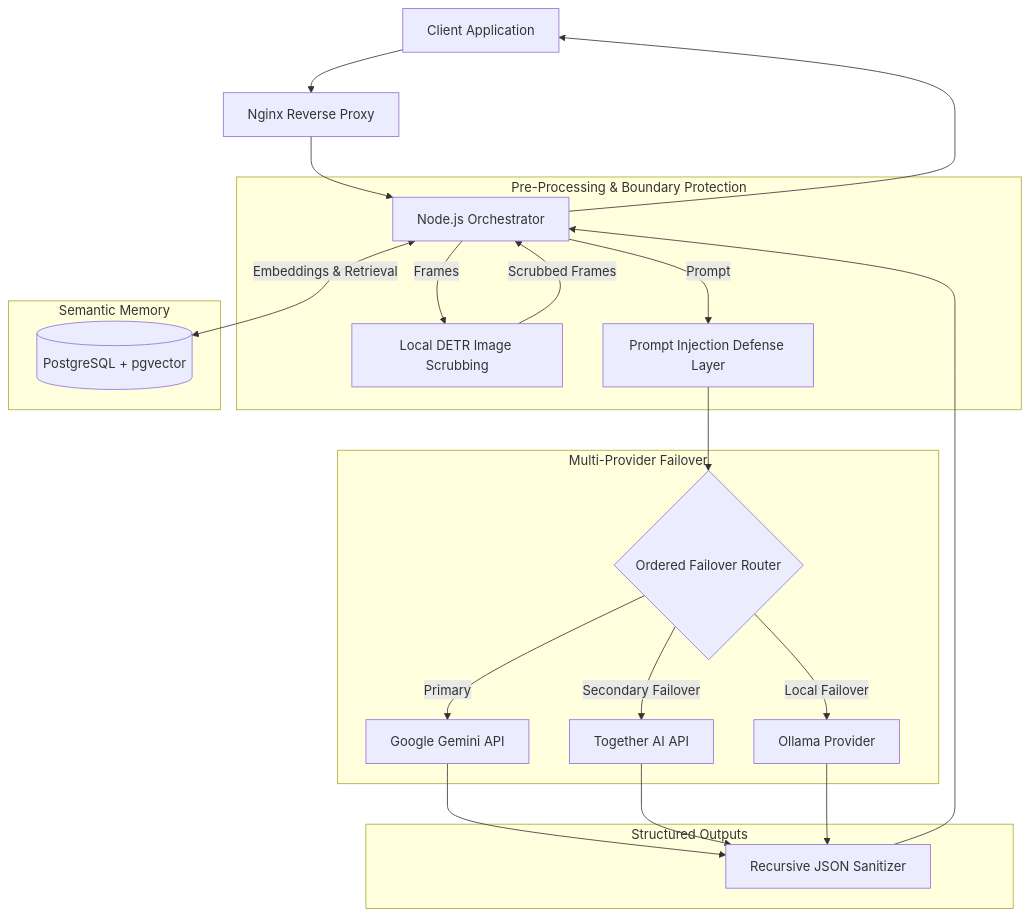
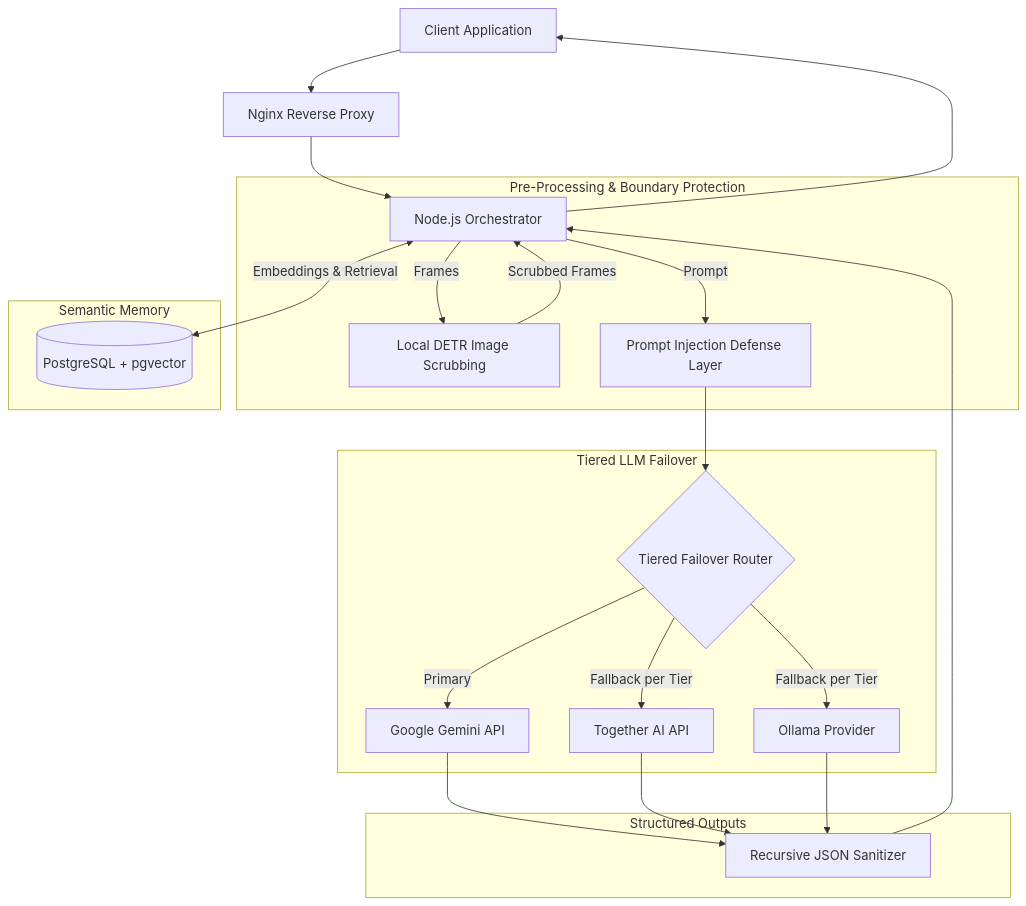
The diagram in case-studies/quiddit.md (qproyect/qproject-showcase), drawn with Mermaid before and after one commit. The commit also changed other lines of this file and 3 other files, not shown here.

````diff
--- a/case-studies/quiddit.md
+++ b/case-studies/quiddit.md
@@ -25,31 +25,31 @@
 ```mermaid
 graph TD
     Client[Client Application] --> Ingress[Nginx Reverse Proxy]
     Ingress --> Orchestrator[Node.js Orchestrator]
 
     subgraph Privacy Guard [Pre-Processing & Boundary Protection]
         Orchestrator -->|Frames| DETR[Local DETR Image Scrubbing]
         DETR -->|Scrubbed Frames| Orchestrator
         Orchestrator -->|Prompt| DefenseLayer[Prompt Injection Defense Layer]
     end
 
     subgraph Memory Store [Semantic Memory]
         Orchestrator <-->|Embeddings & Retrieval| PGVector[(PostgreSQL + pgvector)]
     end
 
-    subgraph LLM Failover [Multi-Provider Failover]
-        DefenseLayer --> FailoverRouter{Ordered Failover Router}
+    subgraph LLM Failover [Tiered LLM Failover]
+        DefenseLayer --> FailoverRouter{Tiered Failover Router}
         FailoverRouter -->|Primary| Gemini[Google Gemini API]
-        FailoverRouter -->|Secondary Failover| Together[Together AI API]
-        FailoverRouter -->|Local Failover| Ollama[Ollama Provider]
+        FailoverRouter -->|Fallback per Tier| Together[Together AI API]
+        FailoverRouter -->|Fallback per Tier| Ollama[Ollama Provider]
     end
 
     subgraph Output Validation [Structured Outputs]
         Gemini --> ResponseParser[Recursive JSON Sanitizer]
         Together --> ResponseParser
         Ollama --> ResponseParser
     end
 
     ResponseParser --> Orchestrator
     Orchestrator --> Client
 ```
````
